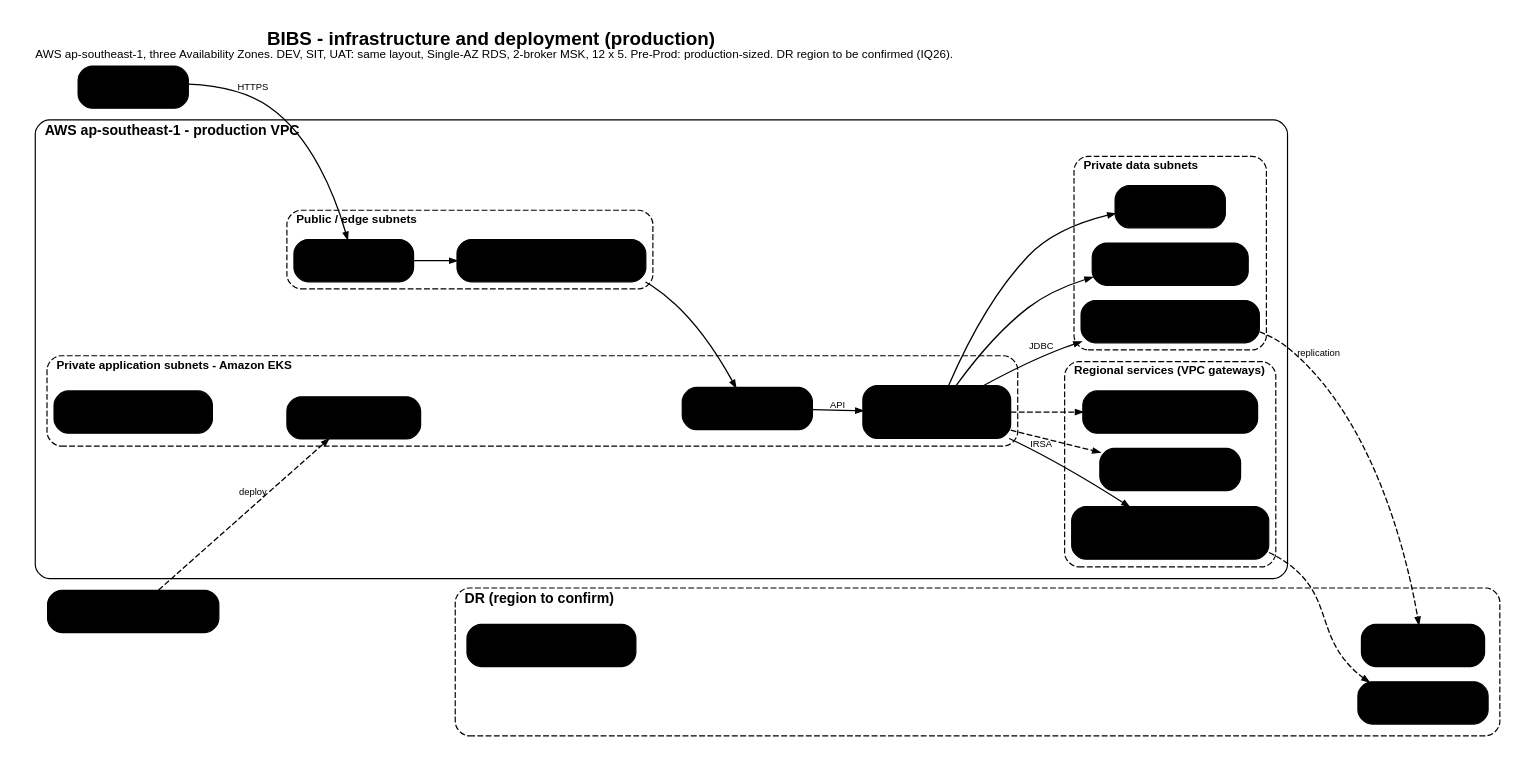
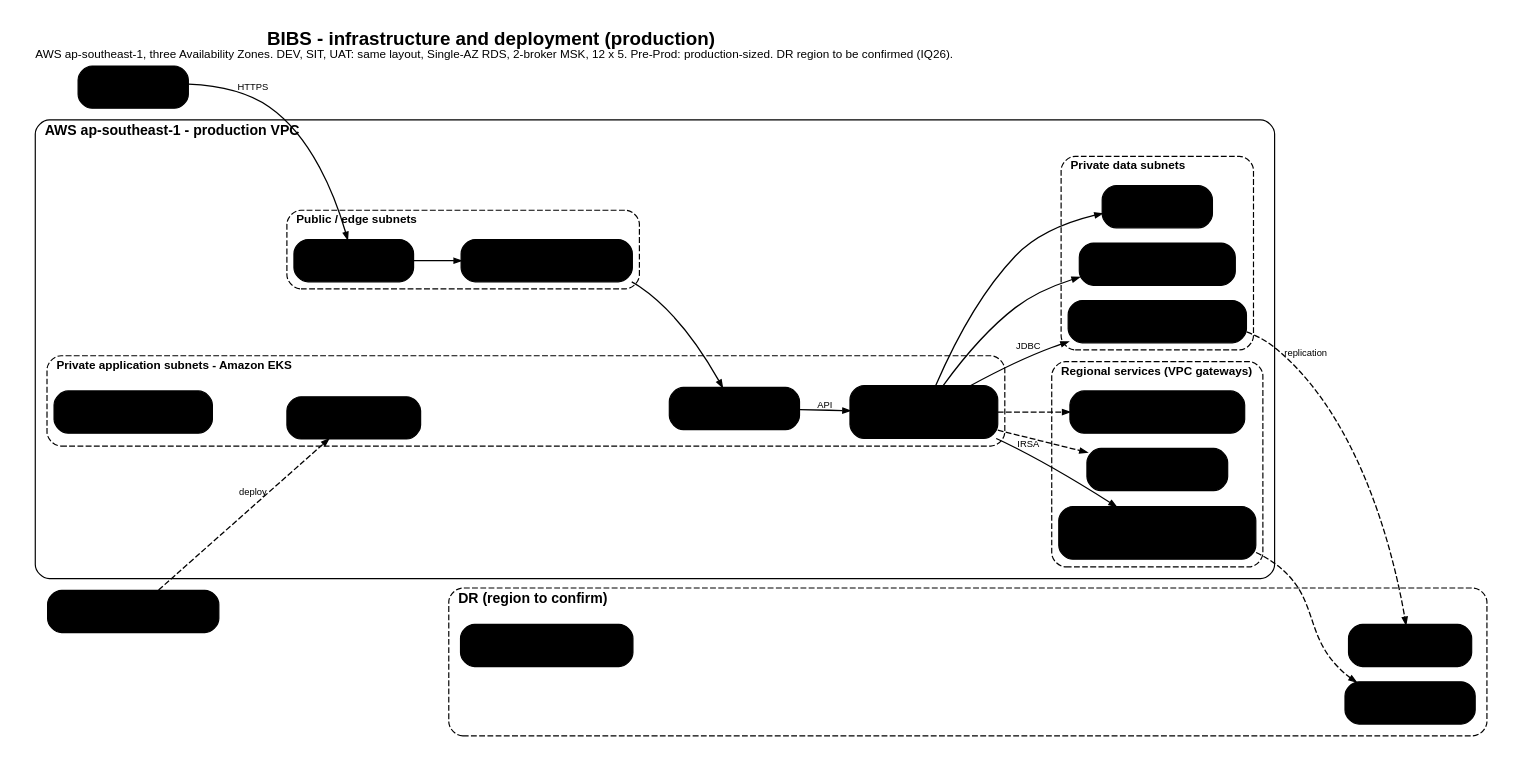
One commit to IortaTexhNXT-DEV/FinVerse changed the diagram in docs/deliverables/src/alignment/figures/al_deployment.dot. Above: the diagram before and after it, drawn with Graphviz. The commit also changed 26 other files, not shown here.

First line of the commit message:
Platform baseline in the documentation: Valkey, Gateway API, component table

```diff
--- a/docs/deliverables/src/alignment/figures/al_deployment.dot
+++ b/docs/deliverables/src/alignment/figures/al_deployment.dot
@@ -1,62 +1,62 @@
 // BIBS infrastructure and deployment per the IER (for the IER "Architecture Diagram (Infra)" sheet and section 6).
 digraph al_deployment {
   graph [rankdir=LR, fontname="Arial", nodesep=0.18, ranksep=0.4, bgcolor="white", pad=0.2, newrank=true, compound=true,
          label=<<font point-size="16" color="@HEADER_BLUE"><b>BIBS - infrastructure and deployment (production)</b></font><br/><font point-size="10" color="@MUTED">AWS ap-southeast-1, three Availability Zones. DEV, SIT, UAT: same layout, Single-AZ RDS, 2-broker MSK, 12 x 5. Pre-Prod: production-sized. DR region to be confirmed (IQ26).</font>>,
          labelloc=t, labeljust=l];
   node  [shape=box, style="rounded,filled", color="@HEADER_BLUE", penwidth=1.0, fontname="Arial",
          fontsize=10, fontcolor="@NEAR_BLACK", margin="0.1,0.05", fillcolor="@WHITE"];
   edge  [color="@HEADER_BLUE", arrowsize=0.6, penwidth=1.1, fontname="Arial", fontsize=8, fontcolor="@MUTED"];
 
   users [label=<<b>BDOI users</b><br/><font point-size="9">BDO network / VPN</font>>, fillcolor="@BG_BLUE"];
   ops_  [label=<<b>Support and delivery</b><br/><font point-size="9">VDI (15 users), bastion via SSM,<br/>CI/CD runner, ECR images</font>>, fillcolor="@DIRTY_WHITE"];
 
   subgraph cluster_region {
     label=<<b>AWS ap-southeast-1 - production VPC</b>>; fontsize=12; fontcolor="@HEADER_BLUE"; style="rounded"; color="@HEADER_BLUE"; margin=10;
     subgraph cluster_pub {
       label=<<b>Public / edge subnets</b>>; fontsize=10; style="rounded,dashed"; color="@MUTED"; margin=6;
       r53 [label=<<b>Route 53</b><br/><font point-size="9">private or public zone</font>>];
-      alb [label=<<b>AWS WAF + ALB</b><br/><font point-size="9">TLS, AWS Load Balancer Controller</font>>];
+      alb [label=<<b>AWS WAF + ALB</b><br/><font point-size="9">TLS, Kubernetes Gateway API<br/>(AWS Load Balancer Controller)</font>>];
       r53 -> alb;
     }
     subgraph cluster_app {
       label=<<b>Private application subnets - Amazon EKS</b>>; fontsize=10; style="rounded,dashed"; color="@MUTED"; margin=6;
       ng [label=<<b>Managed node group</b><br/><font point-size="9">m5.2xlarge class, 3 AZs,<br/>cluster autoscaler</font>>, fillcolor="@DIRTY_WHITE"];
       fe [label=<<b>brokerverse-frontend</b><br/><font point-size="9">2-4 pods (nginx)</font>>, fillcolor="@BG_BLUE"];
-      be [label=<<b>brokerverse-backend</b><br/><font point-size="9">3-6 pods, HPA, PDB min 2;<br/>jobs run once per schedule<br/>(Redis job lock)</font>>, fillcolor="@BG_BLUE"];
+      be [label=<<b>brokerverse-backend</b><br/><font point-size="9">3-6 pods, HPA, PDB min 2;<br/>jobs run once per schedule<br/>(Valkey job lock)</font>>, fillcolor="@BG_BLUE"];
       agents [label=<<b>Cluster agents</b><br/><font point-size="9">monitoring agent, EDR agent,<br/>metrics server</font>>, fillcolor="@DIRTY_WHITE"];
       fe -> be [label="API"];
     }
     subgraph cluster_db {
       label=<<b>Private data subnets</b>>; fontsize=10; style="rounded,dashed"; color="@MUTED"; margin=6;
       rds [label=<<b>RDS PostgreSQL 16 Multi-AZ</b><br/><font point-size="9">primary + standby, PITR,<br/>KMS encryption, 2 TB (IER)</font>>, fillcolor="@SUCCESS_BG", color="@SUCCESS"];
-      redis [label=<<b>ElastiCache Redis 7</b><br/><font point-size="9">cluster mode disabled,<br/>primary + replica, TLS, AUTH</font>>, fillcolor="@SUCCESS_BG", color="@SUCCESS"];
+      redis [label=<<b>ElastiCache for Valkey 8</b><br/><font point-size="9">cluster mode disabled,<br/>primary + replica, TLS, AUTH</font>>, fillcolor="@SUCCESS_BG", color="@SUCCESS"];
       msk [label=<<b>Amazon MSK</b><br/><font point-size="9">3 brokers in 3 AZs,<br/>SASL/SCRAM, TLS</font>>, fillcolor="@SUCCESS_BG", color="@SUCCESS"];
     }
     subgraph cluster_reg {
       label=<<b>Regional services (VPC gateways)</b>>; fontsize=10; style="rounded,dashed"; color="@MUTED"; margin=6;
       s3 [label=<<b>Amazon S3</b><br/><font point-size="9">bibs-documents (versioned, lifecycle),<br/>bibs-migration-intake (5-day purge),<br/>logs; SSE-KMS</font>>, fillcolor="@AMBER_BG"];
-      sec [label=<<b>Secrets Manager, KMS</b><br/><font point-size="9">DB, Redis, MSK secrets;<br/>customer-managed keys</font>>, fillcolor="@DIRTY_WHITE"];
+      sec [label=<<b>Secrets Manager, KMS</b><br/><font point-size="9">DB, Valkey, MSK secrets;<br/>customer-managed keys</font>>, fillcolor="@DIRTY_WHITE"];
       mon [label=<<b>Monitoring and logs</b><br/><font point-size="9">CloudWatch and the BDO APM<br/>(Dynatrace or Prometheus, IQ30)</font>>, fillcolor="@DIRTY_WHITE"];
     }
   }
 
   subgraph cluster_dr {
     label=<<b>DR (region to confirm)</b>>; fontsize=12; fontcolor="@HEADER_BLUE"; style="rounded,dashed"; color="@DANGER"; margin=10;
     dr_rds [label=<<b>RDS read replica</b><br/><font point-size="9">async, RPO &lt;= 15 min</font>>, fillcolor="@WHITE"];
     dr_s3 [label=<<b>S3 replica</b><br/><font point-size="9">cross-region replication</font>>, fillcolor="@WHITE"];
-    dr_eks [label=<<b>EKS standby</b><br/><font point-size="9">0 pods until failover;<br/>Redis, MSK re-created; RTO 4 h</font>>, fillcolor="@WHITE"];
+    dr_eks [label=<<b>EKS standby</b><br/><font point-size="9">0 pods until failover;<br/>Valkey, MSK re-created; RTO 4 h</font>>, fillcolor="@WHITE"];
   }
 
   users -> r53 [label="HTTPS"];
   alb -> fe;
   be -> rds [label="JDBC"];
   be -> redis;
   be -> msk;
   be -> s3 [label="IRSA"];
   be -> sec [style=dashed];
   be -> mon [style=dashed];
   ops_ -> ng [style=dashed, label="deploy"];
   rds -> dr_rds [style=dashed, color="@DANGER", label="replication"];
   s3 -> dr_s3 [style=dashed, color="@DANGER"];
   ng -> dr_eks [style=invis];
 }
```
